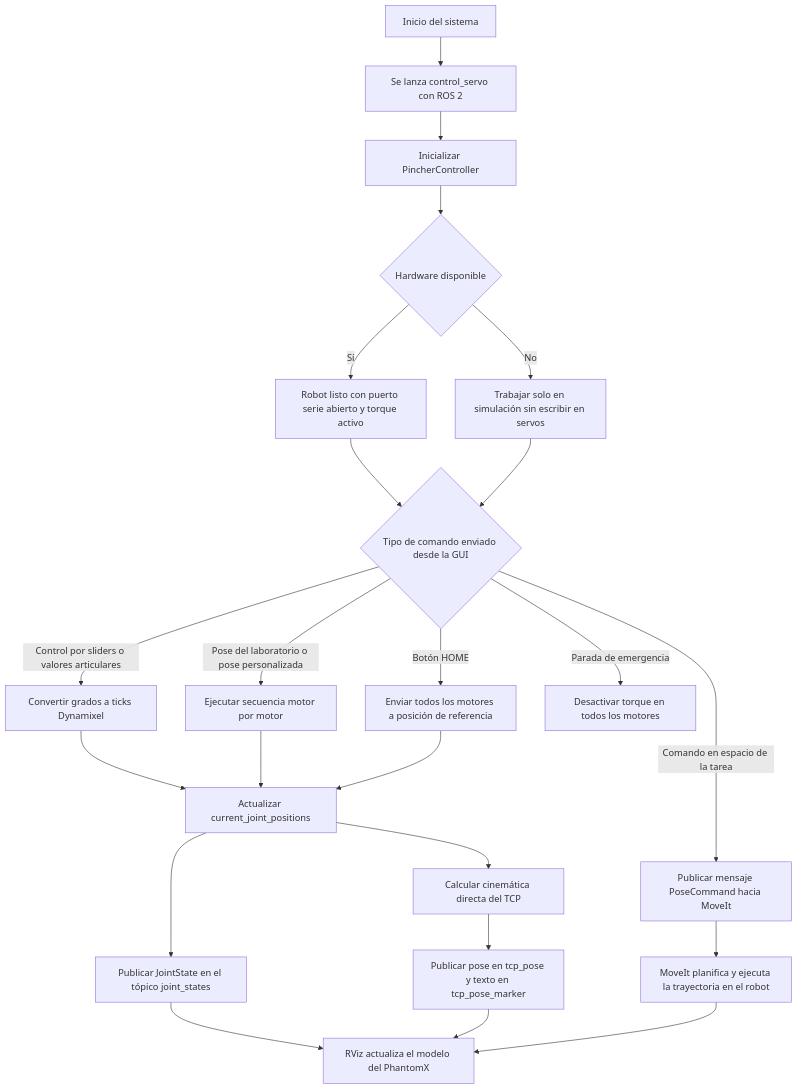
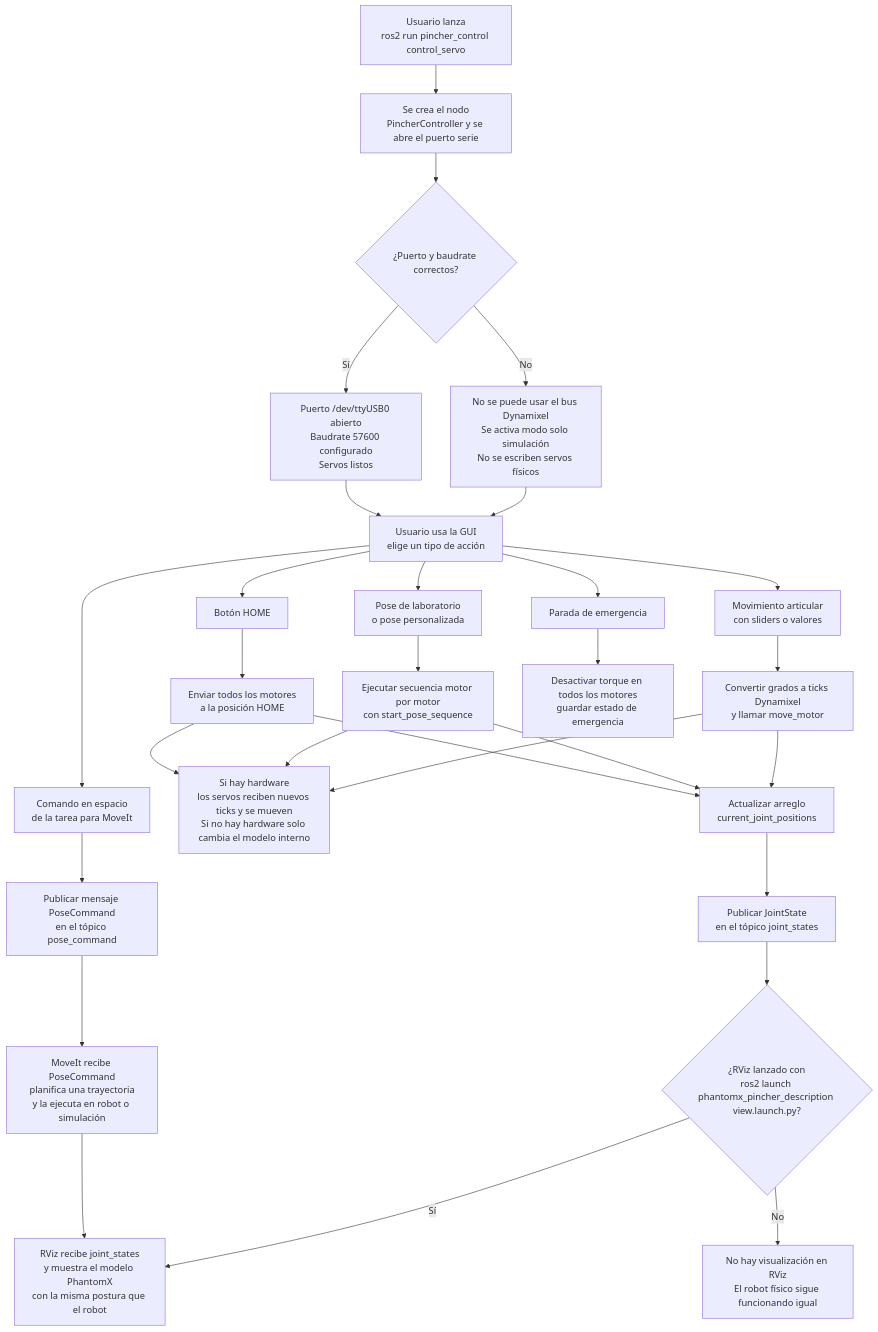
One commit to EstebanErazo500/Robotica_2025_02 changed the diagram in Laboratorio_5/Readme.md. Above: the diagram before and after it, drawn with Mermaid. The commit also changed other lines of this file, not shown here.

````diff
--- a/Laboratorio_5/Readme.md
+++ b/Laboratorio_5/Readme.md
@@ -183,31 +188,47 @@
 ```mermaid
 flowchart TD
-    A[Inicio del sistema] --> B[Se lanza control_servo con ROS 2]
-    B --> C[Inicializar PincherController]
-    C --> D{Hardware disponible}
+    %% INICIO DEL SISTEMA
+    A[Usuario lanza<br>ros2 run pincher_control control_servo] --> B[Se crea el nodo<br>PincherController y se abre el puerto serie]
+    B --> C{¿Puerto y baudrate correctos?}
 
-    D -->|No| E[Trabajar solo en simulación sin escribir en servos]
-    D -->|Sí| F[Robot listo con puerto serie abierto y torque activo]
+    C -->|No| D[No se puede usar el bus Dynamixel<br>Se activa modo solo simulación<br>No se escriben servos físicos]
+    C -->|Sí| E[Puerto /dev/ttyUSB0 abierto<br>Baudrate 57600 configurado<br>Servos listos]
 
-    F --> G{Tipo de comando enviado desde la GUI}
-    E --> G
+    %% ENTRADA DESDE LA GUI
+    D --> F[Usuario usa la GUI<br>elige un tipo de acción]
+    E --> F
 
-    G -->|Control por sliders o valores articulares| H[Convertir grados a ticks Dynamixel]
-    G -->|Pose del laboratorio o pose personalizada| I[Ejecutar secuencia motor por motor]
-    G -->|Comando en espacio de la tarea| J[Publicar mensaje PoseCommand hacia MoveIt]
-    G -->|Botón HOME| K[Enviar todos los motores a posición de referencia]
-    G -->|Parada de emergencia| L[Desactivar torque en todos los motores]
+    F --> G[Movimiento articular<br>con sliders o valores]
+    F --> H[Pose de laboratorio<br>o pose personalizada]
+    F --> I[Botón HOME]
+    F --> J[Parada de emergencia]
+    F --> K[Comando en espacio<br>de la tarea para MoveIt]
 
-    H --> M[Actualizar current_joint_positions]
-    I --> M
-    K --> M
+    %% ACCIONES SEGÚN TIPO DE COMANDO
+    G --> L[Convertir grados a ticks Dynamixel<br>y llamar move_motor]
+    H --> M[Ejecutar secuencia motor por motor<br>con start_pose_sequence]
+    I --> N[Enviar todos los motores<br>a la posición HOME]
+    J --> O[Desactivar torque en todos los motores<br>guardar estado de emergencia]
+    K --> P[Publicar mensaje PoseCommand<br>en el tópico pose_command]
 
-    M --> N[Publicar JointState en el tópico joint_states]
-    M --> O[Calcular cinemática directa del TCP]
-    O --> P[Publicar pose en tcp_pose y texto en tcp_pose_marker]
+    %% MOVIMIENTO REAL O SOLO SIMULACIÓN
+    L --> Q[Si hay hardware<br>los servos reciben nuevos ticks y se mueven<br>Si no hay hardware solo cambia el modelo interno]
+    M --> Q
+    N --> Q
 
-    J --> Q[MoveIt planifica y ejecuta la trayectoria en el robot]
-    N --> R[RViz actualiza el modelo del PhantomX]
-    P --> R
-    Q --> R
+    %% ACTUALIZACIÓN DEL MODELO INTERNO
+    L --> R[Actualizar arreglo<br>current_joint_positions]
+    M --> R
+    N --> R
+
+    R --> S[Publicar JointState<br>en el tópico joint_states]
+    S --> T{¿RViz lanzado con<br>ros2 launch phantomx_pincher_description view.launch.py?}
+
+    T -->|Sí| U[RViz recibe joint_states<br>y muestra el modelo PhantomX<br>con la misma postura que el robot]
+    T -->|No| V[No hay visualización en RViz<br>El robot físico sigue funcionando igual]
+
+    %% MOVEIT EN ESPACIO DE LA TAREA
+    P --> W[MoveIt recibe PoseCommand<br>planifica una trayectoria<br>y la ejecuta en robot o simulación]
+    W --> U
+
 ```
````
